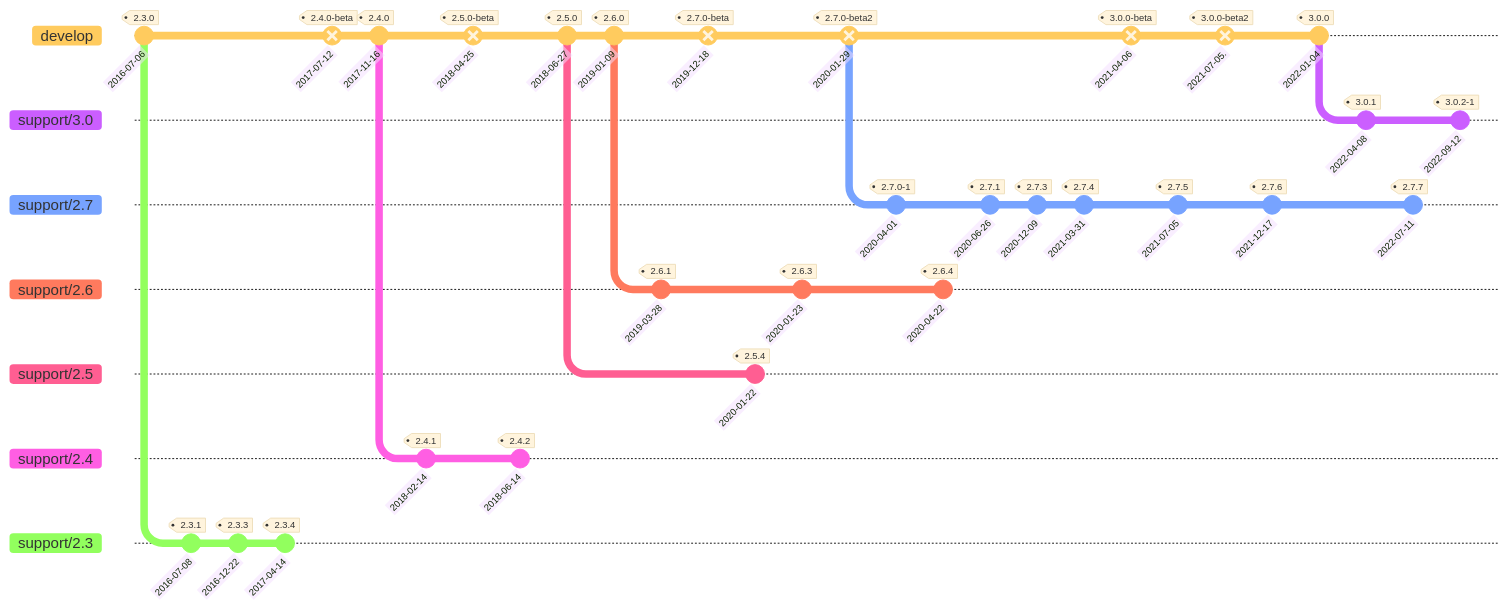
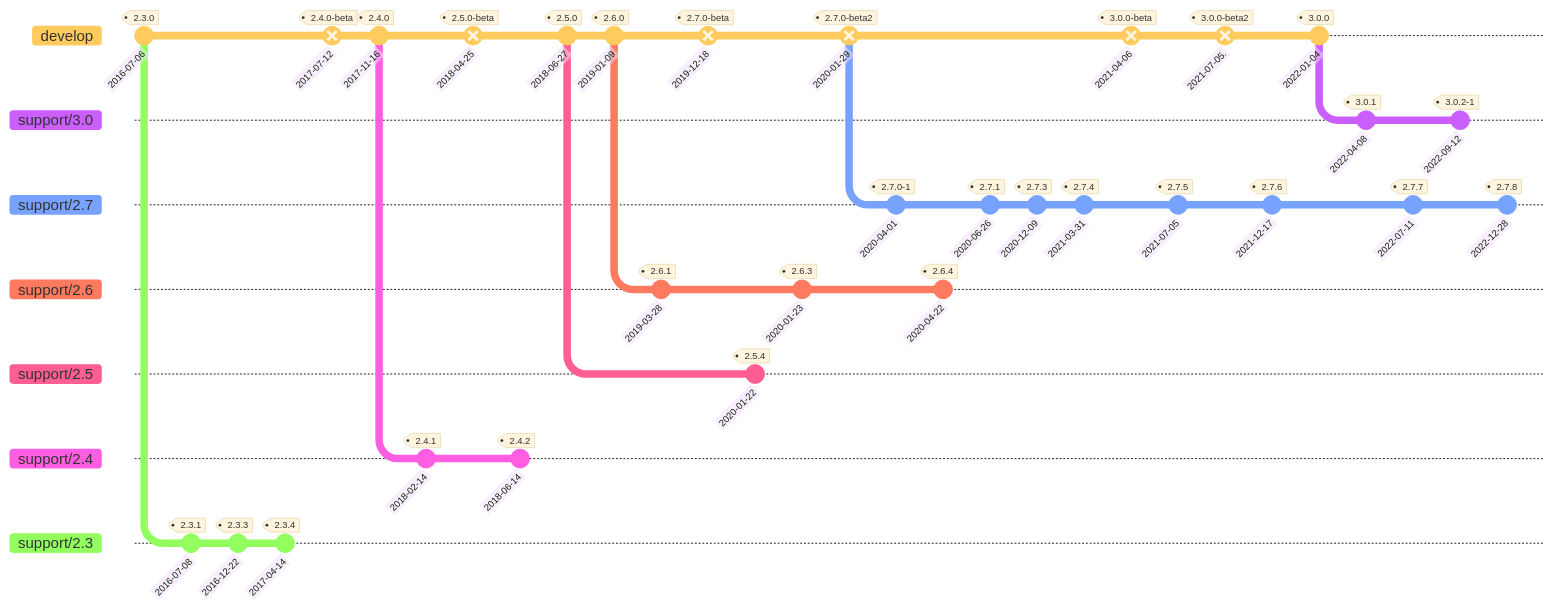
One commit to Combodo/iTop changed the diagram in .doc/itop-version-history.md. Above: the diagram before and after it, drawn with Mermaid.

Commit message:
:memo: Version history : add 2.7.8

````diff
--- a/.doc/itop-version-history.md
+++ b/.doc/itop-version-history.md
@@ -3,59 +3,61 @@
 ```mermaid
 %%{init: { 'logLevel': 'debug', 'theme': 'base', 'gitGraph': {'showBranches': true,'mainBranchName': 'develop','rotateCommitLabel': true}} }%%
 gitGraph
     commit id: "2016-07-06" tag: "2.3.0"
     branch support/2.3 order: 900
     commit id: "2016-07-08" tag: "2.3.1"
     commit id: "2016-12-22" tag: "2.3.3"
     commit id: "2017-04-14" tag: "2.3.4"
     checkout develop
     commit id: "2017-07-12" tag: "2.4.0-beta" type: REVERSE
     commit id: "2017-11-16" tag: "2.4.0"
     branch support/2.4 order: 890
     commit id: "2018-02-14" tag: "2.4.1"
     checkout develop
     commit id: "2018-04-25" tag: "2.5.0-beta" type: REVERSE
     checkout support/2.4
     commit id: "2018-06-14" tag: "2.4.2"
     checkout develop
     commit id: "2018-06-27" tag: "2.5.0"
     branch support/2.5 order: 880
     checkout develop
     commit id: "2019-01-09" tag: "2.6.0"
     branch support/2.6 order: 870
     commit id: "2019-03-28" tag: "2.6.1"
     checkout develop
     commit id: "2019-12-18" tag: "2.7.0-beta" type: REVERSE
     checkout support/2.5
     commit id: "2020-01-22" tag: "2.5.4"
     checkout support/2.6
     commit id: "2020-01-23" tag: "2.6.3"
     checkout develop
     commit id: "2020-01-29" tag: "2.7.0-beta2" type: REVERSE
     branch support/2.7 order: 860
     commit id: "2020-04-01" tag: "2.7.0-1"
     checkout support/2.6
     commit id: "2020-04-22" tag: "2.6.4"
     checkout support/2.7
     commit id: "2020-06-26" tag: "2.7.1"
     checkout support/2.7
     commit id: "2020-12-09" tag: "2.7.3"
     commit id: "2021-03-31" tag: "2.7.4"
     checkout develop
     commit id: "2021-04-06" tag: "3.0.0-beta" type: REVERSE
     checkout support/2.7
     commit id: "2021-07-05" tag: "2.7.5"
     checkout develop
     commit id: "2021-07-05." tag: "3.0.0-beta2" type: REVERSE
     checkout support/2.7
     commit id: "2021-12-17" tag: "2.7.6"
     checkout develop
     commit id: "2022-01-04" tag: "3.0.0"
     branch support/3.0 order: 850
     commit id: "2022-04-08" tag: "3.0.1"
     checkout support/2.7
     commit id: "2022-07-11" tag: "2.7.7"
     checkout support/3.0
     commit id: "2022-09-12" tag: "3.0.2-1"
     checkout develop
+    checkout support/2.7
+    commit id: "2022-12-28" tag: "2.7.8"
 ```
````
